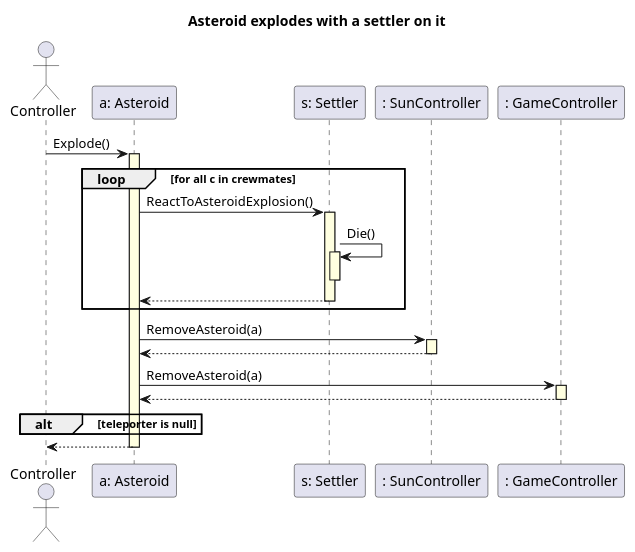
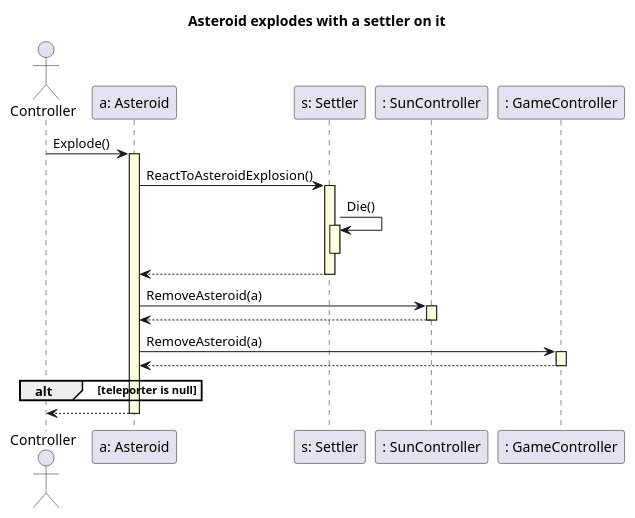
Before and after one commit to triszt4n/projlab_holy_oil: the diagram in uml/aster_expl_w_stler.plantuml, drawn with PlantUML. The commit also changed 4 other files, not shown here.

```diff
--- a/uml/aster_expl_w_stler.plantuml
+++ b/uml/aster_expl_w_stler.plantuml
@@ -1,35 +1,31 @@
 @startuml
 skinparam SequenceLifeLineBackgroundColor LightYellow
 
 title "Asteroid explodes with a settler on it"
 
 actor Controller as C
 
 participant "a: Asteroid" as a
 participant "s: Settler" as s
 participant ": SunController" as sun
 participant ": GameController" as game
 
 C -> a ++ : Explode()
 
-loop for all c in crewmates
-
-    a -> s ++ : ReactToAsteroidExplosion() 
-        s -> s ++ : Die()
-        deactivate s
-    s --> a --
-
-end
+a -> s ++ : ReactToAsteroidExplosion() 
+    s -> s ++ : Die()
+    deactivate s
+s --> a --
 
 a -> sun ++ : RemoveAsteroid(a)
 sun --> a --
 
 a -> game ++ : RemoveAsteroid(a)
 game --> a --
 
 alt teleporter is null
 end
 
 a --> C --
 
 @enduml
```
